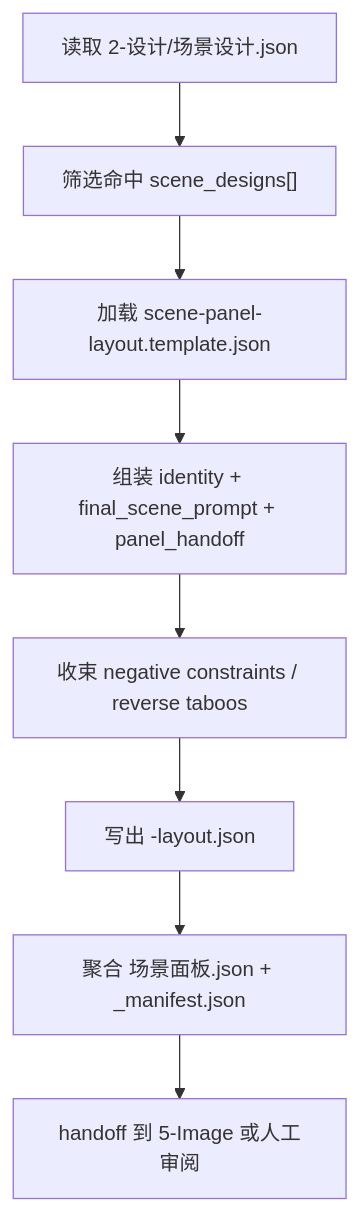
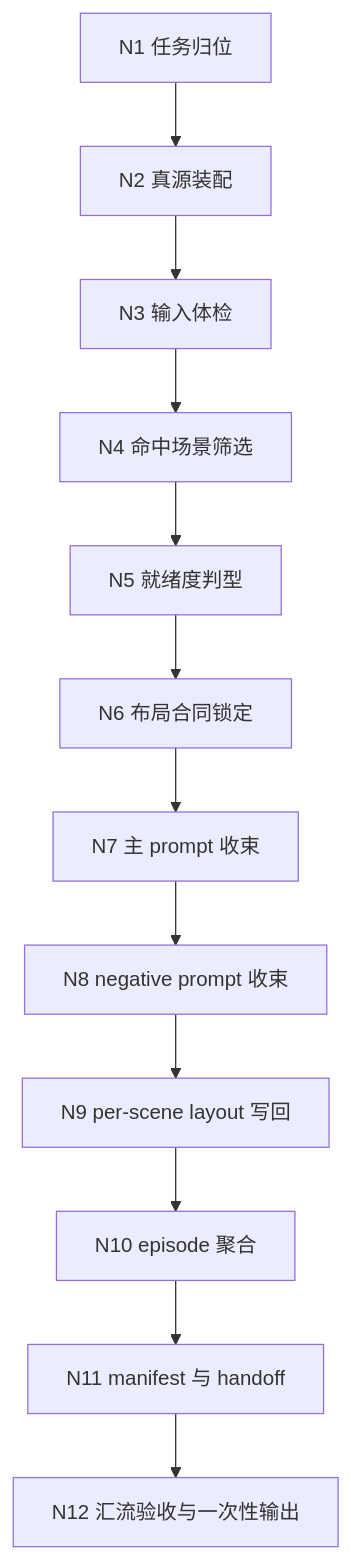
One commit to ZEN-VOID/AI-CUT changed the first of 4 diagrams in .agents/skills/aigc/4-Design/1-场景/3-面板/SKILL.md. Above: the diagram before and after it, drawn with Mermaid. The commit also changed other lines of this file and 182 other files, not shown here.

````diff
--- a/.agents/skills/aigc/4-Design/1-场景/3-面板/SKILL.md
+++ b/.agents/skills/aigc/4-Design/1-场景/3-面板/SKILL.md
@@ -61,10 +150,14 @@
 ```mermaid
 flowchart TD
-    A["读取 2-设计/场景设计.json"] --> B["筛选命中 scene_designs[]"]
-    B --> C["加载 scene-panel-layout.template.json"]
-    C --> D["组装 identity + final_scene_prompt + panel_handoff"]
-    D --> E["收束 negative constraints / reverse taboos"]
-    E --> F["写出 <scene_key>-layout.json"]
-    F --> G["聚合 场景面板.json + _manifest.json"]
-    G --> H["handoff 到 5-Image 或人工审阅"]
+    A["N1 任务归位"] --> B["N2 真源装配"]
+    B --> C["N3 输入体检"]
+    C --> D["N4 命中场景筛选"]
+    D --> E["N5 就绪度判型"]
+    E --> F["N6 布局合同锁定"]
+    F --> G["N7 主 prompt 收束"]
+    G --> H["N8 negative prompt 收束"]
+    H --> I["N9 per-scene layout 写回"]
+    I --> J["N10 episode 聚合"]
+    J --> K["N11 manifest 与 handoff"]
+    K --> L["N12 汇流验收与一次性输出"]
 ```
````
